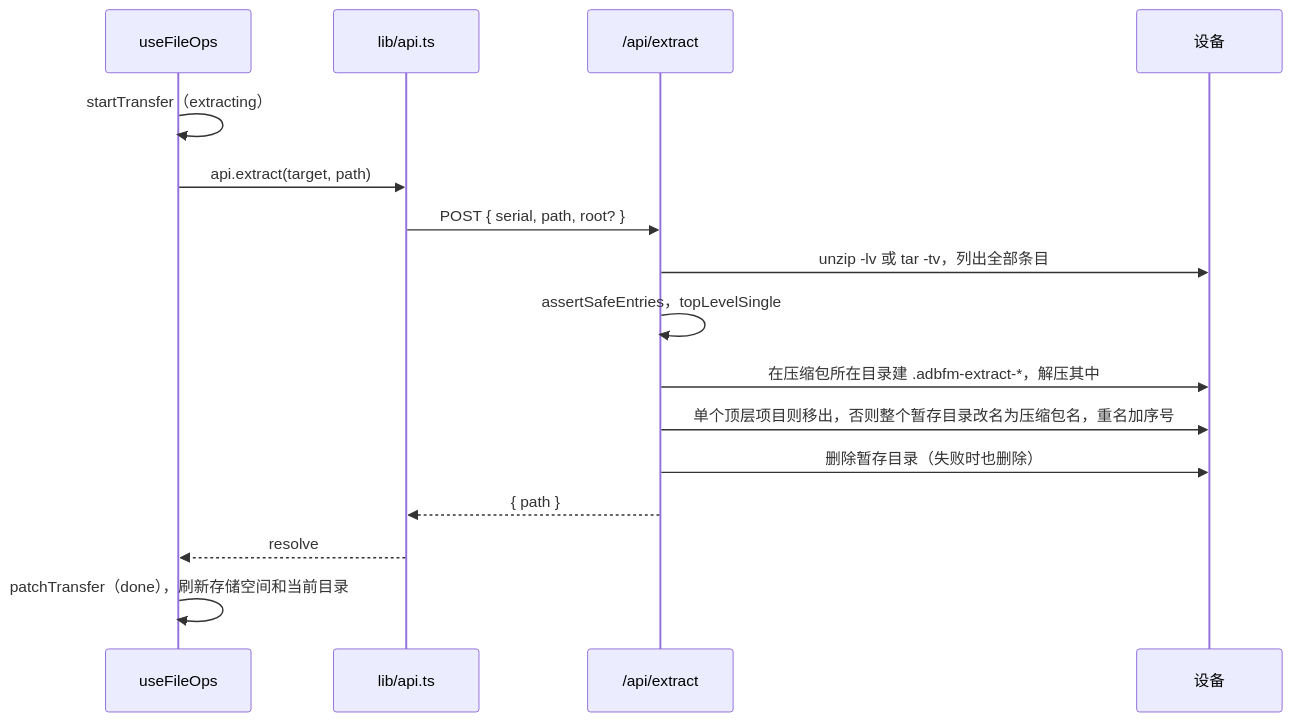
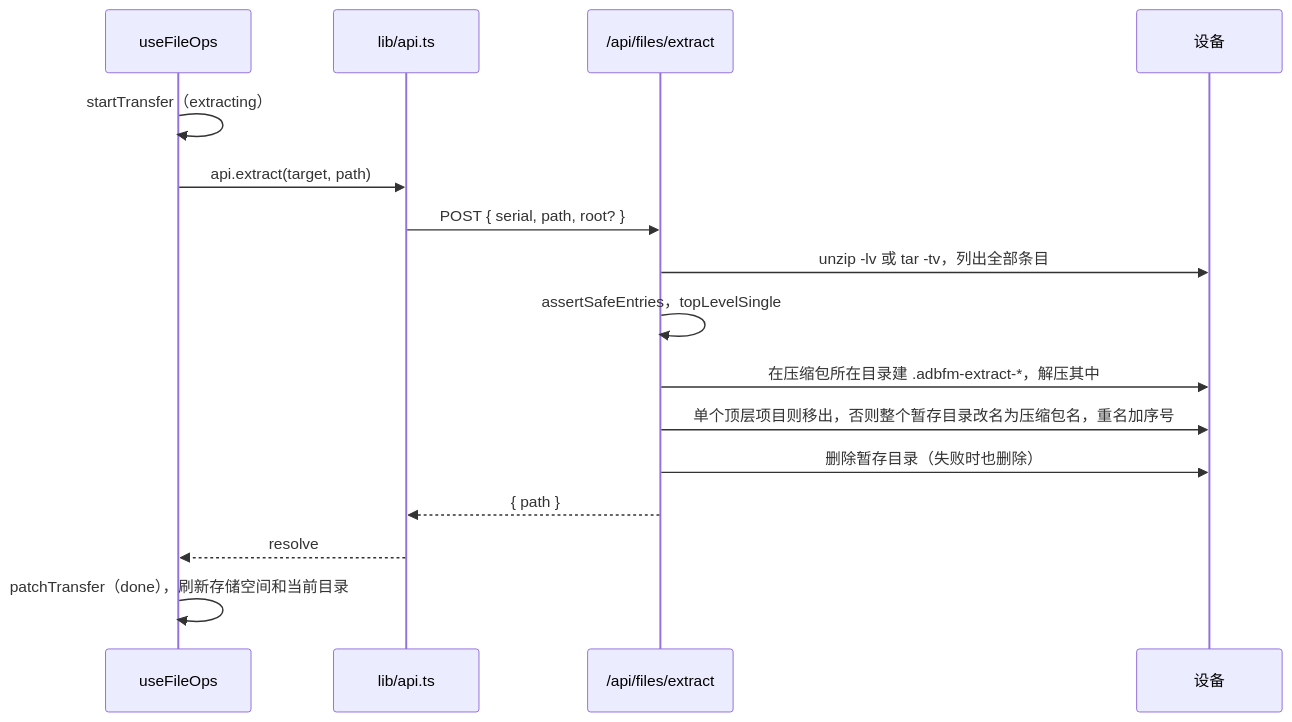
Before and after one commit to wynnyu/adb-file-manager: the tenth of 12 diagrams in docs/architecture.md, drawn with Mermaid. The commit also changed other lines of this file and 18 other files, not shown here.

````diff
--- a/docs/architecture.md
+++ b/docs/architecture.md
@@ -391,18 +394,18 @@
 ```mermaid
 sequenceDiagram
   participant F as useFileOps
   participant A as lib/api.ts
-  participant S as /api/extract
+  participant S as /api/files/extract
   participant P as 设备
   F->>F: startTransfer（extracting）
   F->>A: api.extract(target, path)
   A->>S: POST { serial, path, root? }
   S->>P: unzip -lv 或 tar -tv，列出全部条目
   S->>S: assertSafeEntries，topLevelSingle
   S->>P: 在压缩包所在目录建 .adbfm-extract-*，解压其中
   S->>P: 单个顶层项目则移出，否则整个暂存目录改名为压缩包名，重名加序号
   S->>P: 删除暂存目录（失败时也删除）
   S-->>A: { path }
   A-->>F: resolve
   F->>F: patchTransfer（done），刷新存储空间和当前目录
 ```
````
